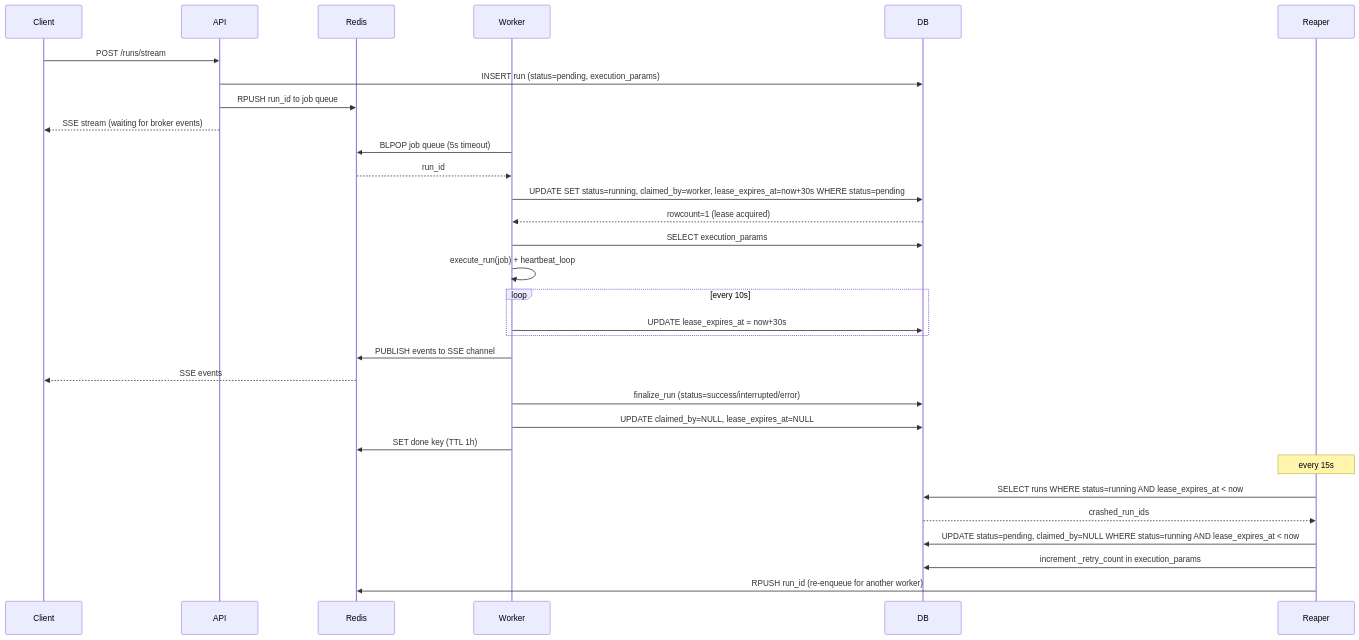
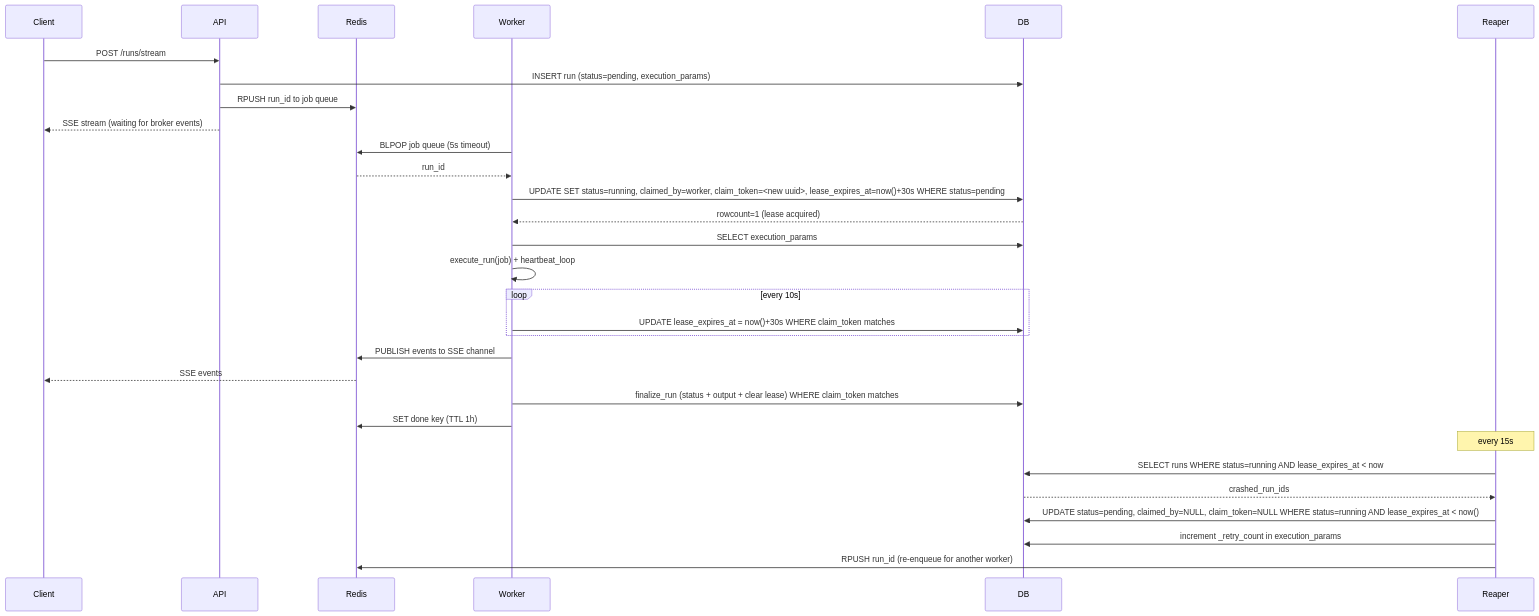
The fourth of 6 diagrams in docs/guides/worker-architecture.mdx (aegra/aegra), drawn with Mermaid before and after one commit. The commit also changed other lines of this file and 15 other files, not shown here.

````diff
--- a/docs/guides/worker-architecture.mdx
+++ b/docs/guides/worker-architecture.mdx
@@ -150,36 +150,35 @@
 ```mermaid
 sequenceDiagram
     participant Client
     participant API
     participant Redis
     participant Worker
     participant DB
     participant Reaper
 
     Client->>API: POST /runs/stream
     API->>DB: INSERT run (status=pending, execution_params)
     API->>Redis: RPUSH run_id to job queue
     API-->>Client: SSE stream (waiting for broker events)
 
     Worker->>Redis: BLPOP job queue (5s timeout)
     Redis-->>Worker: run_id
-    Worker->>DB: UPDATE SET status=running, claimed_by=worker, lease_expires_at=now+30s WHERE status=pending
+    Worker->>DB: UPDATE SET status=running, claimed_by=worker, claim_token=<new uuid>, lease_expires_at=now()+30s WHERE status=pending
     DB-->>Worker: rowcount=1 (lease acquired)
     Worker->>DB: SELECT execution_params
     Worker->>Worker: execute_run(job) + heartbeat_loop
     loop every 10s
-        Worker->>DB: UPDATE lease_expires_at = now+30s
+        Worker->>DB: UPDATE lease_expires_at = now()+30s WHERE claim_token matches
     end
     Worker->>Redis: PUBLISH events to SSE channel
     Redis-->>Client: SSE events
-    Worker->>DB: finalize_run (status=success/interrupted/error)
-    Worker->>DB: UPDATE claimed_by=NULL, lease_expires_at=NULL
+    Worker->>DB: finalize_run (status + output + clear lease) WHERE claim_token matches
     Worker->>Redis: SET done key (TTL 1h)
 
     Note over Reaper: every 15s
     Reaper->>DB: SELECT runs WHERE status=running AND lease_expires_at < now
     DB-->>Reaper: crashed_run_ids
-    Reaper->>DB: UPDATE status=pending, claimed_by=NULL WHERE status=running AND lease_expires_at < now
+    Reaper->>DB: UPDATE status=pending, claimed_by=NULL, claim_token=NULL WHERE status=running AND lease_expires_at < now()
     Reaper->>DB: increment _retry_count in execution_params
     Reaper->>Redis: RPUSH run_id (re-enqueue for another worker)
 ```
````
